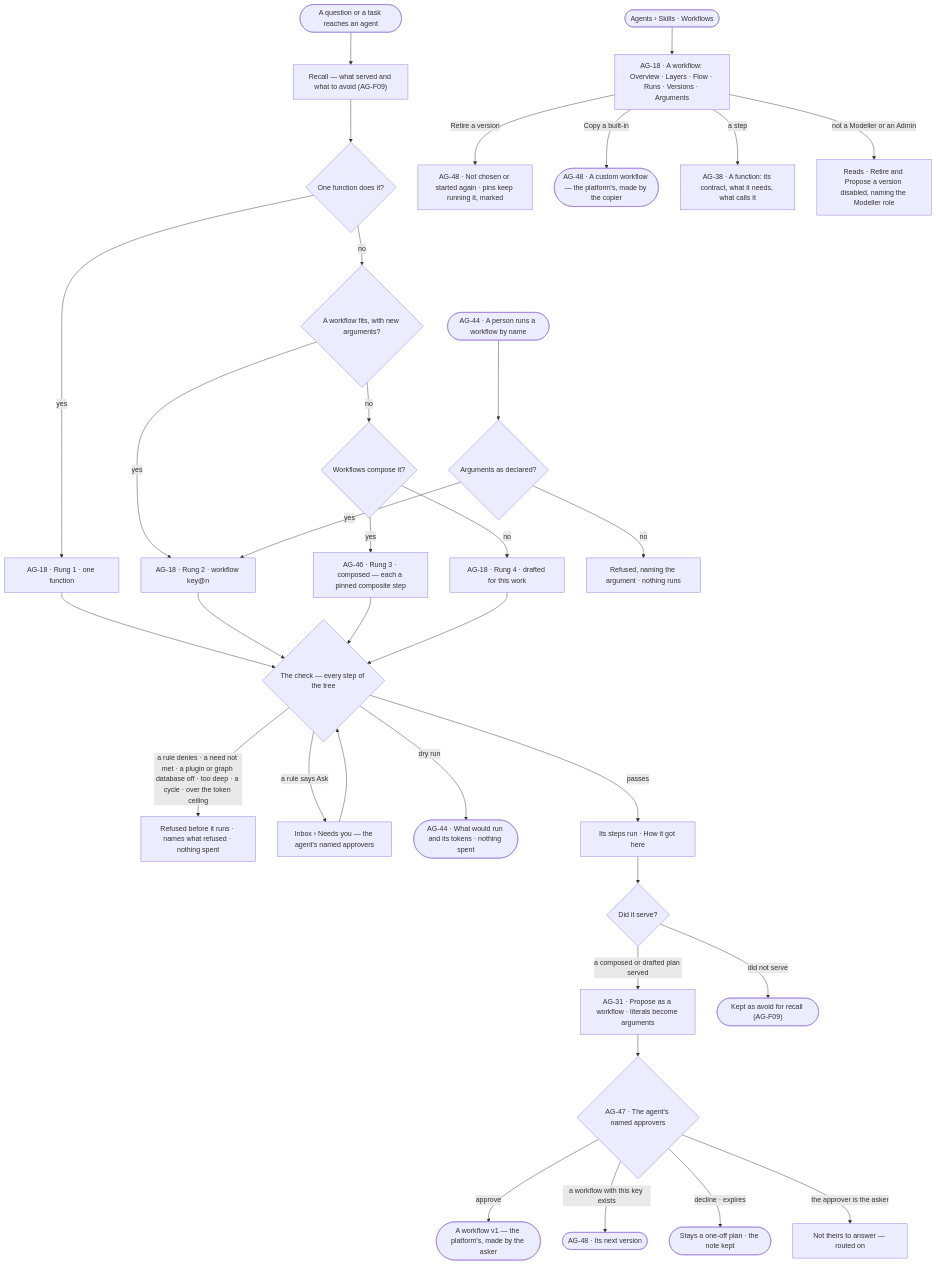
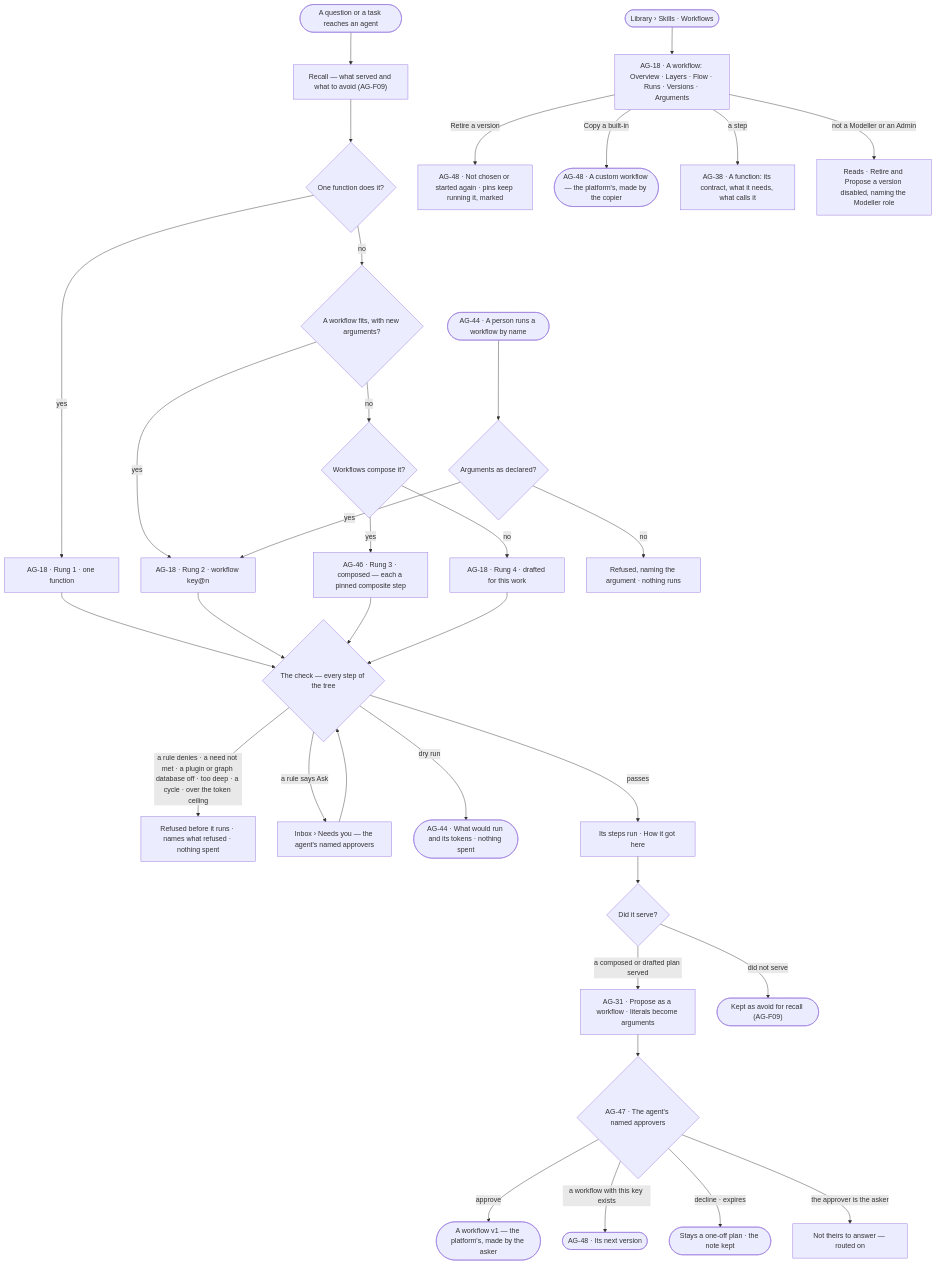
Before and after one commit to invana/invana: the first of 2 diagrams in specs/capabilities/agents/features/AG-F06-plans-and-workflows/feature.md, drawn with Mermaid. The commit also changed other lines of this file and 106 other files, not shown here.

````diff
--- a/specs/capabilities/agents/features/AG-F06-plans-and-workflows/feature.md
+++ b/specs/capabilities/agents/features/AG-F06-plans-and-workflows/feature.md
@@ -28,35 +28,35 @@
 ```mermaid
 flowchart TD
   ask([A question or a task reaches an agent]) --> rec["Recall — what served and what to avoid (AG-F09)"]
   rec --> l1{"One function does it?"}
   l1 -->|yes| r1["AG-18 · Rung 1 · one function"]
   l1 -->|no| l2{"A workflow fits, with new arguments?"}
   l2 -->|yes| r2["AG-18 · Rung 2 · workflow key@n"]
   l2 -->|no| l3{"Workflows compose it?"}
   l3 -->|yes| r3["AG-46 · Rung 3 · composed — each a pinned composite step"]
   l3 -->|no| r4["AG-18 · Rung 4 · drafted for this work"]
   hand([AG-44 · A person runs a workflow by name]) --> args{"Arguments as declared?"}
   args -->|no| argx["Refused, naming the argument · nothing runs"]
   args -->|yes| r2
   r1 --> check
   r2 --> check
   r3 --> check
   r4 --> check{"The check — every step of the tree"}
   check -->|a rule denies · a need not met · a plugin or graph database off · too deep · a cycle · over the token ceiling| ref["Refused before it runs · names what refused · nothing spent"]
   check -->|a rule says Ask| askq["Inbox › Needs you — the agent's named approvers"] --> check
   check -->|dry run| dry(["AG-44 · What would run and its tokens · nothing spent"])
   check -->|passes| run["Its steps run · How it got here"]
   run --> verify{"Did it serve?"}
   verify -->|a composed or drafted plan served| prop["AG-31 · Propose as a workflow · literals become arguments"]
   prop --> appr{"AG-47 · The agent's named approvers"}
   appr -->|approve| wf(["A workflow v1 — the platform's, made by the asker"])
   appr -->|a workflow with this key exists| nv(["AG-48 · Its next version"])
   appr -->|decline · expires| dc(["Stays a one-off plan · the note kept"])
   appr -->|the approver is the asker| self["Not theirs to answer — routed on"]
   verify -->|did not serve| avoid(["Kept as avoid for recall (AG-F09)"])
-  lib([Agents › Skills · Workflows]) --> page["AG-18 · A workflow: Overview · Layers · Flow · Runs · Versions · Arguments"]
+  lib([Library › Skills · Workflows]) --> page["AG-18 · A workflow: Overview · Layers · Flow · Runs · Versions · Arguments"]
   page -->|Retire a version| ret["AG-48 · Not chosen or started again · pins keep running it, marked"]
   page -->|Copy a built-in| cp(["AG-48 · A custom workflow — the platform's, made by the copier"])
   page -->|a step| fn["AG-38 · A function: its contract, what it needs, what calls it"]
   page -->|not a Modeller or an Admin| ro["Reads · Retire and Propose a version disabled, naming the Modeller role"]
 ```
````
